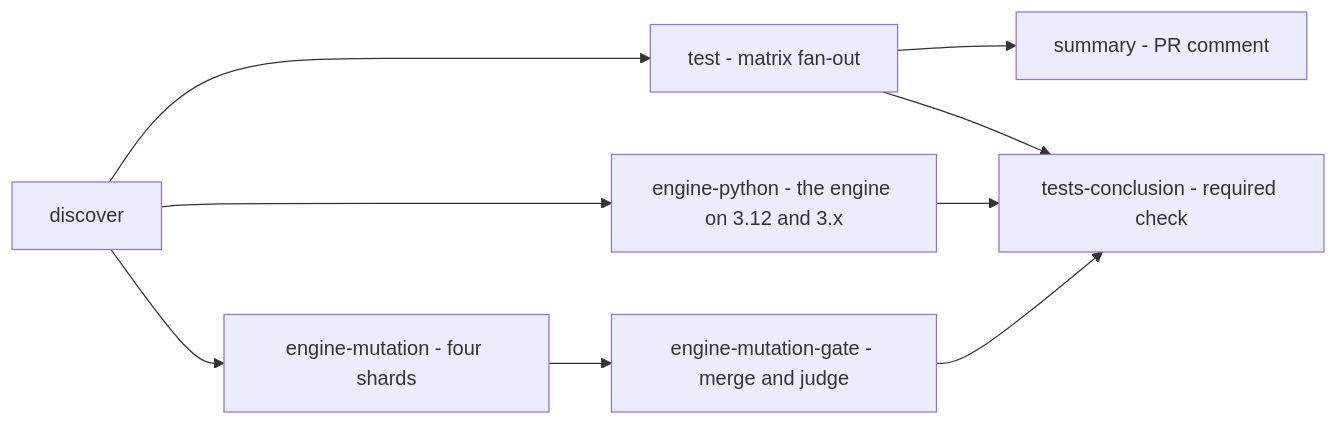
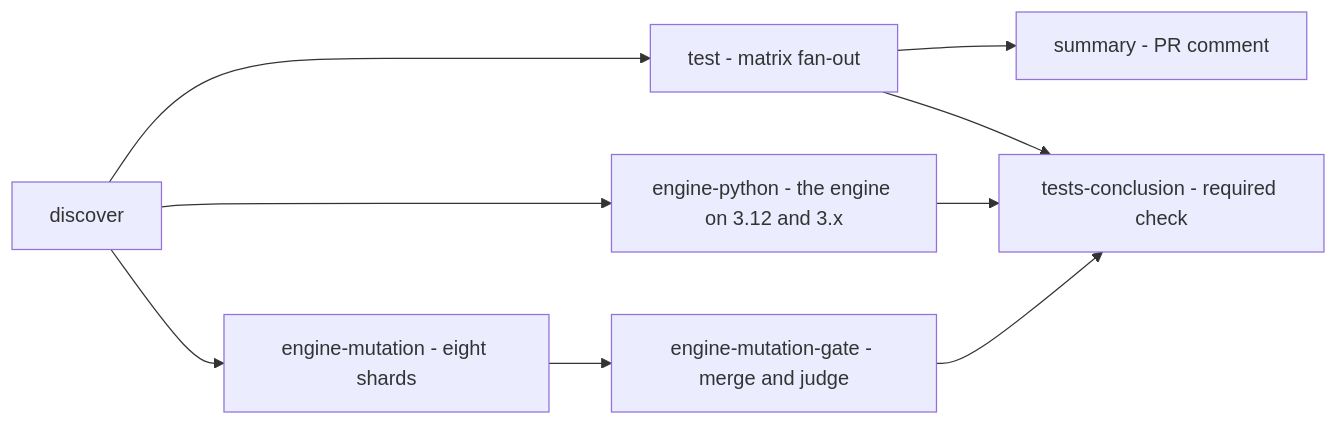
Before and after one commit to dsb-norge/github-actions-terraform: the diagram in docs/Testing-in-ci.md, drawn with Mermaid. The commit also changed other lines of this file and 2 other files, not shown here.

First line of the commit message:
ci: split the engine's mutation gate into eight shards

````diff
--- a/docs/Testing-in-ci.md
+++ b/docs/Testing-in-ci.md
@@ -28,11 +28,11 @@
 ```mermaid
 flowchart LR
     discover --> test["test - matrix fan-out"]
     discover --> python["engine-python - the engine on 3.12 and 3.x"]
-    discover --> shards["engine-mutation - four shards"]
+    discover --> shards["engine-mutation - eight shards"]
     shards --> gate["engine-mutation-gate - merge and judge"]
     test --> summary["summary - PR comment"]
     test --> conclusion["tests-conclusion - required check"]
     python --> conclusion
     gate --> conclusion
 ```
````
